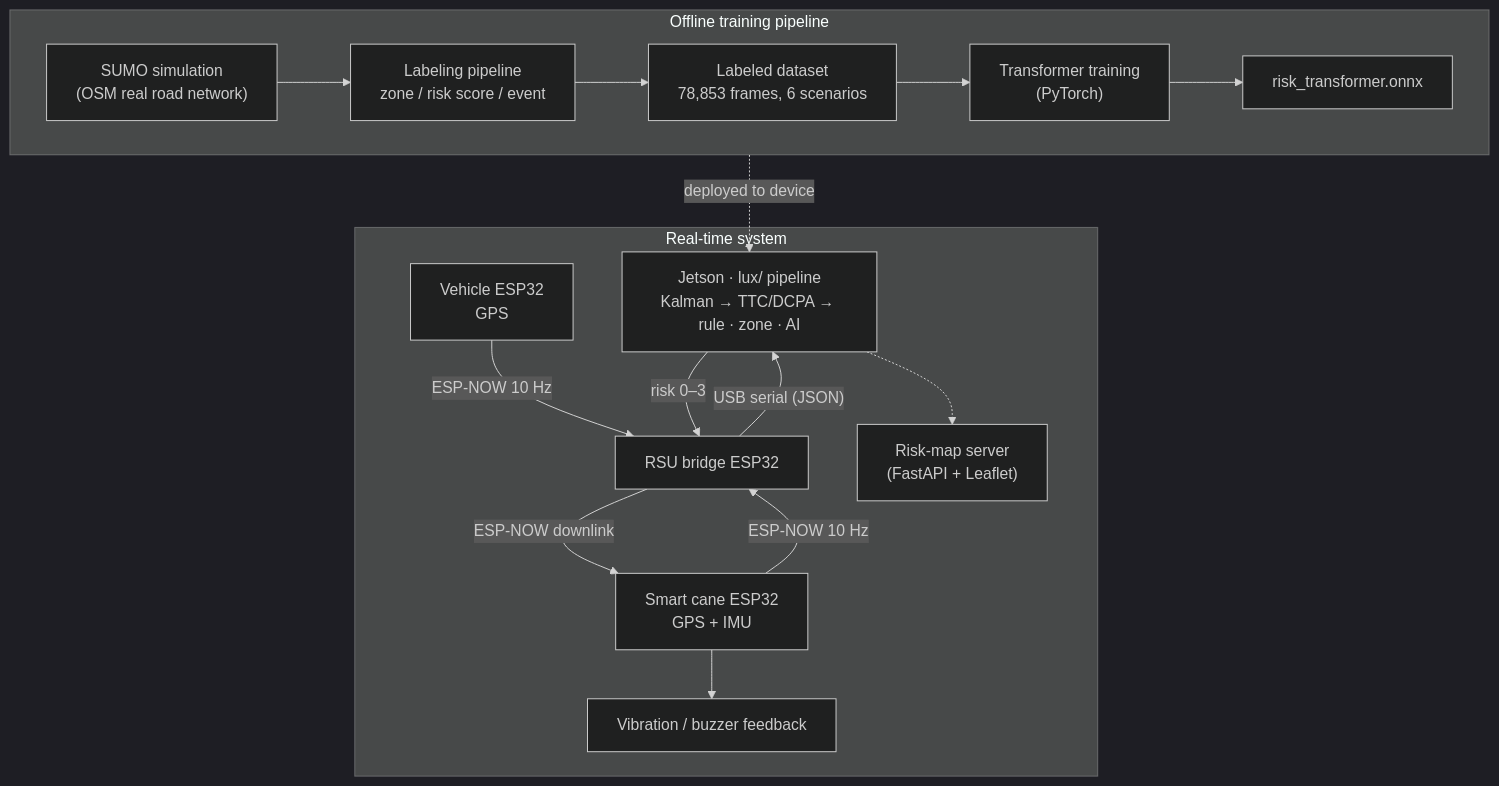
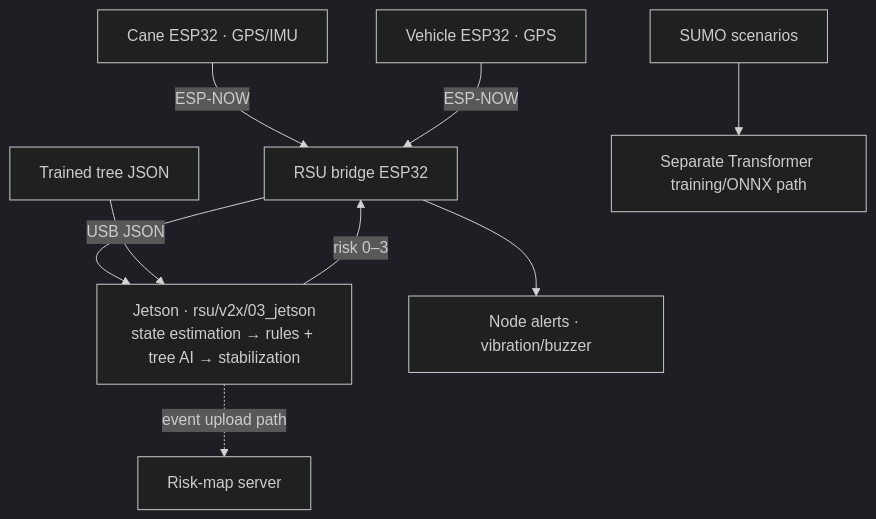
Before and after one commit to joon722/AI-V2X-Cane: the diagram in README.md, drawn with Mermaid (dark theme). The commit also changed other lines of this file and 4 other files, not shown here.

````diff
--- a/README.md
+++ b/README.md
@@ -19,20 +19,11 @@
 ```mermaid
 flowchart TB
-    subgraph offline["Offline training pipeline"]
-        direction LR
-        SUMO["SUMO simulation<br/>(OSM real road network)"] --> SCRIPTS["Labeling pipeline<br/>zone / risk score / event"]
-        SCRIPTS --> DATASET["Labeled dataset<br/>78,853 frames, 6 scenarios"]
-        DATASET --> TRAIN["Transformer training<br/>(PyTorch)"]
-        TRAIN --> ONNX["risk_transformer.onnx"]
-    end
-    subgraph realtime["Real-time system"]
-        CANE["Smart cane ESP32<br/>GPS + IMU"] -- "ESP-NOW 10 Hz" --> RSU["RSU bridge ESP32"]
-        CAR["Vehicle ESP32<br/>GPS"] -- "ESP-NOW 10 Hz" --> RSU
-        RSU -- "USB serial (JSON)" --> JETSON["Jetson · lux/ pipeline<br/>Kalman → TTC/DCPA → rule · zone · AI"]
-        JETSON -- "risk 0–3" --> RSU
-        RSU -- "ESP-NOW downlink" --> CANE
-        CANE --> FB["Vibration / buzzer feedback"]
-        JETSON -.-> MAP["Risk-map server<br/>(FastAPI + Leaflet)"]
-    end
-    ONNX -. "deployed to device" .-> JETSON
+    CANE["Cane ESP32 · GPS/IMU"] -- "ESP-NOW" --> RSU["RSU bridge ESP32"]
+    CAR["Vehicle ESP32 · GPS"] -- "ESP-NOW" --> RSU
+    RSU -- "USB JSON" --> JETSON["Jetson · rsu/v2x/03_jetson<br/>state estimation → rules + tree AI → stabilization"]
+    MODEL["Trained tree JSON"] --> JETSON
+    JETSON -- "risk 0–3" --> RSU
+    RSU --> FB["Node alerts · vibration/buzzer"]
+    JETSON -. "event upload path" .-> MAP["Risk-map server"]
+    SUMO["SUMO scenarios"] --> TRANSFORMER["Separate Transformer training/ONNX path"]
 ```
````
